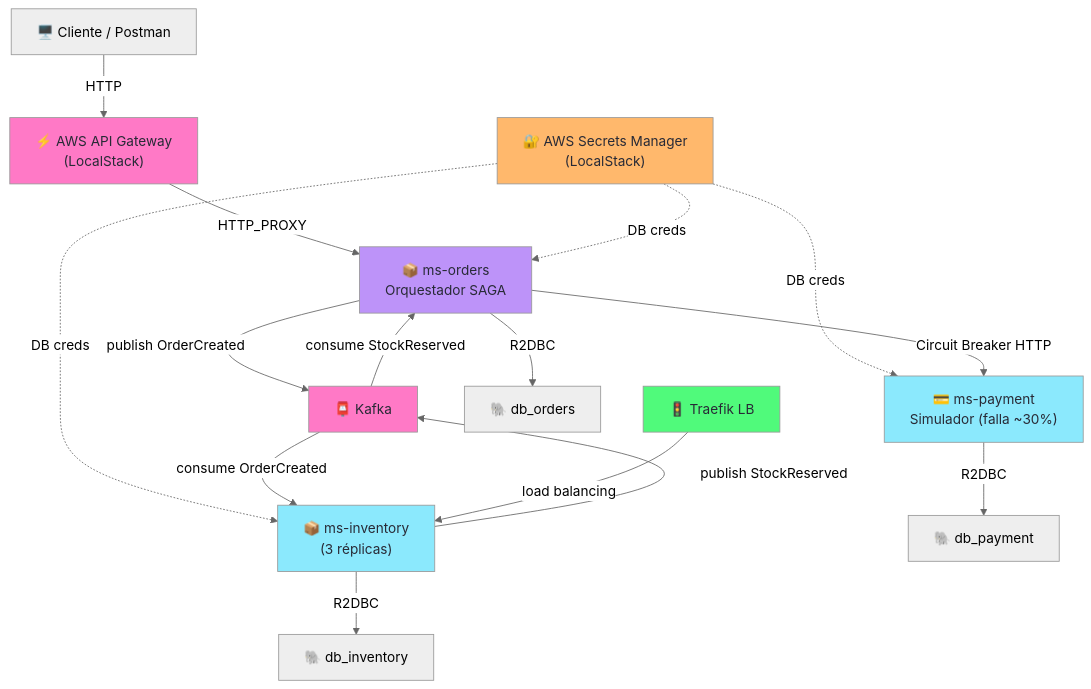
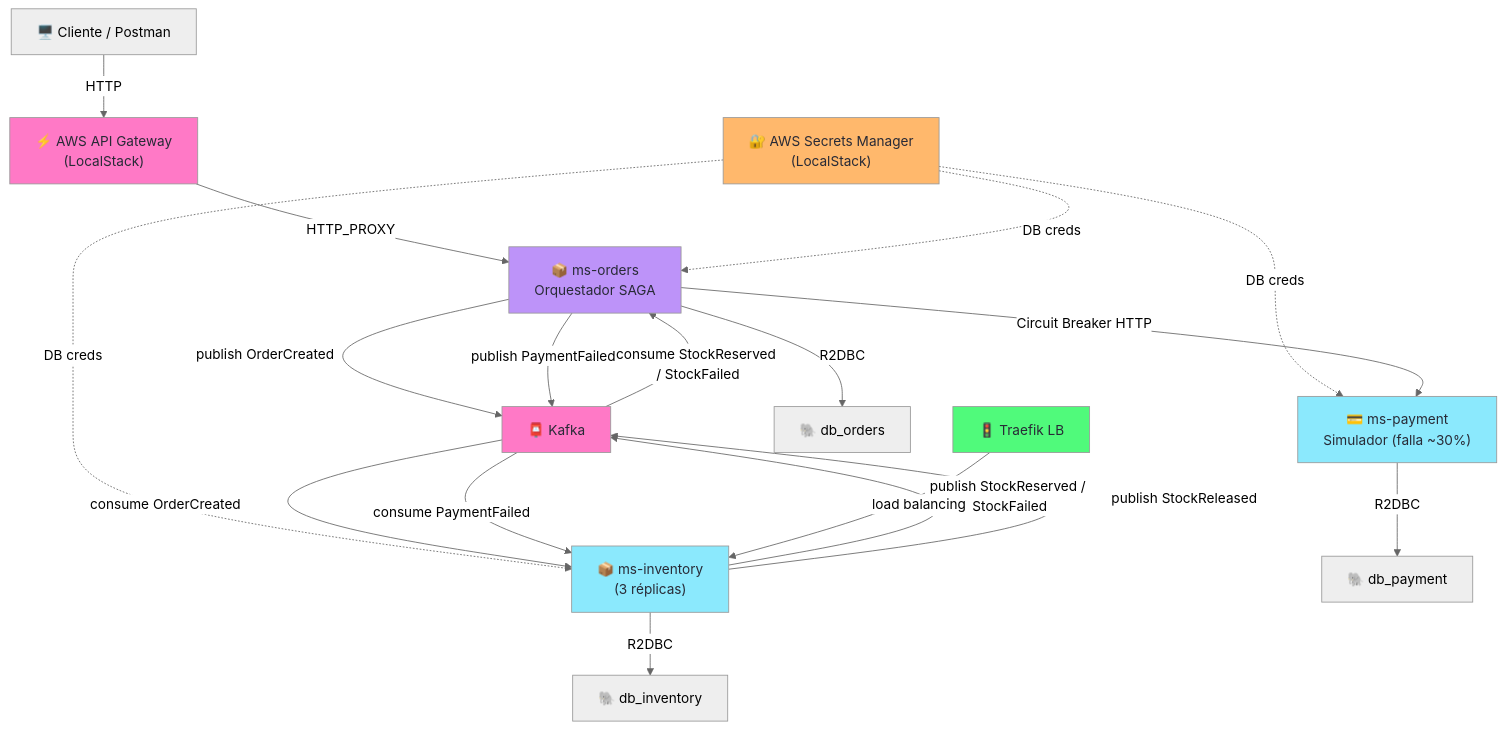
The first of 2 diagrams in lab_2_arka_microservicios_reactivos/docs/intro.md (ManuLasker/enyoi_java_slides), drawn with Mermaid (neutral theme) before and after one commit. The commit also changed other lines of this file and 7 other files, not shown here.

````diff
--- a/lab_2_arka_microservicios_reactivos/docs/intro.md
+++ b/lab_2_arka_microservicios_reactivos/docs/intro.md
@@ -27,30 +27,34 @@
 ```mermaid
 flowchart TD
     CLIENT[🖥️ Cliente / Postman] -->|HTTP| GW["⚡ AWS API Gateway <br> (LocalStack)"]
     GW -->|HTTP_PROXY| ORDERS["📦 ms-orders<br>Orquestador SAGA"]
 
     SECRETS["🔐 AWS Secrets Manager<br>(LocalStack)"] -.->|DB creds| ORDERS
     SECRETS -.->|DB creds| INVENTORY
     SECRETS -.->|DB creds| PAYMENT
 
     ORDERS -->|Circuit Breaker HTTP| PAYMENT["💳 ms-payment<br>Simulador (falla ~30%)"]
     ORDERS -->|publish OrderCreated| KAFKA["📮 Kafka"]
 
     KAFKA -->|consume OrderCreated| INVENTORY["📦 ms-inventory<br>(3 réplicas)"]
-    INVENTORY -->|publish StockReserved| KAFKA
-    KAFKA -->|consume StockReserved| ORDERS
+    INVENTORY -->|publish StockReserved / StockFailed| KAFKA
+    KAFKA -->|consume StockReserved / StockFailed| ORDERS
+
+    ORDERS -->|publish PaymentFailed| KAFKA
+    KAFKA -->|consume PaymentFailed| INVENTORY
+    INVENTORY -->|publish StockReleased| KAFKA
 
     INVENTORY -->|R2DBC| DB_INV["🐘 db_inventory"]
     ORDERS -->|R2DBC| DB_ORD["🐘 db_orders"]
     PAYMENT -->|R2DBC| DB_PAY["🐘 db_payment"]
 
     TRAEFIK["🚦 Traefik LB"] -->|load balancing| INVENTORY
 
     style GW fill:#ff79c6,color:#282a36
     style KAFKA fill:#ff79c6,color:#282a36
     style SECRETS fill:#ffb86c,color:#282a36
     style ORDERS fill:#bd93f9,color:#282a36
     style INVENTORY fill:#8be9fd,color:#282a36
     style PAYMENT fill:#8be9fd,color:#282a36
     style TRAEFIK fill:#50fa7b,color:#282a36
 ```
````
